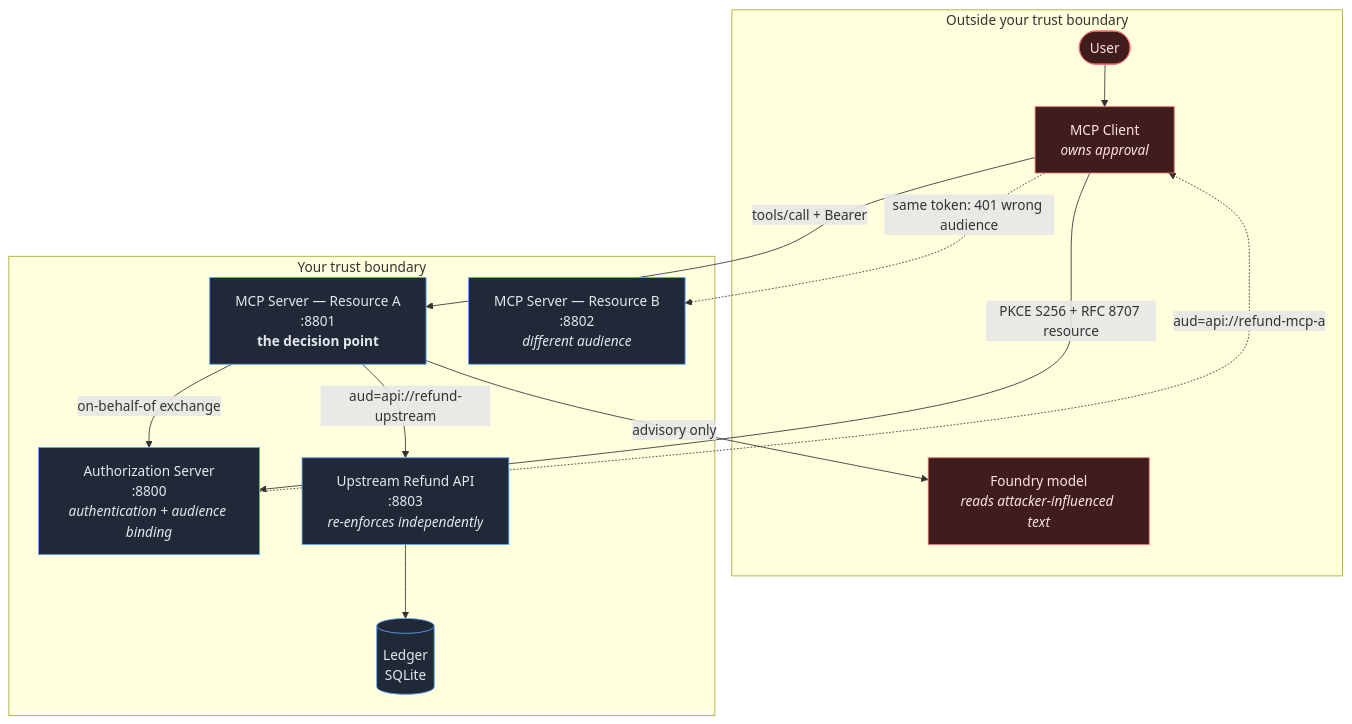
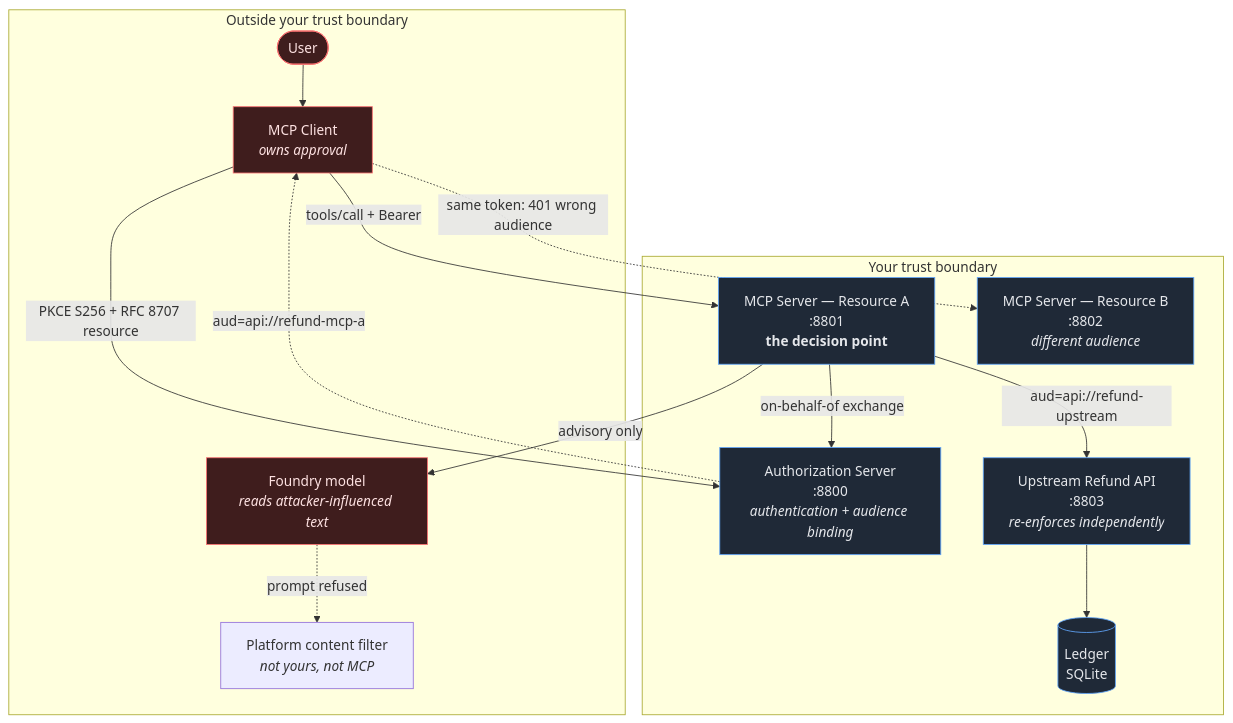
The diagram in README.md (bbenz/mcp-tool-calling), drawn with Mermaid before and after one commit. The commit also changed other lines of this file and 19 other files, not shown here.

````diff
--- a/README.md
+++ b/README.md
@@ -43,30 +43,32 @@
 ```mermaid
 flowchart TB
     subgraph outside["Outside your trust boundary"]
         U([User])
         C["MCP Client<br/><i>owns approval</i>"]
         F["Foundry model<br/><i>reads attacker-influenced text</i>"]
+        CF["Platform content filter<br/><i>not yours, not MCP</i>"]
     end
     subgraph yours["Your trust boundary"]
         AS["Authorization Server<br/>:8800<br/><i>authentication + audience binding</i>"]
         A["MCP Server — Resource A<br/>:8801<br/><b>the decision point</b>"]
         B["MCP Server — Resource B<br/>:8802<br/><i>different audience</i>"]
         API["Upstream Refund API<br/>:8803<br/><i>re-enforces independently</i>"]
         L[("Ledger<br/>SQLite")]
     end
 
     U --> C
     C -->|"PKCE S256 + RFC 8707 resource"| AS
     AS -.->|"aud=api://refund-mcp-a"| C
     C -->|"tools/call + Bearer"| A
     C -.->|"same token: 401 wrong audience"| B
     A -->|"advisory only"| F
+    F -.->|"prompt refused"| CF
     A -->|"on-behalf-of exchange"| AS
     A -->|"aud=api://refund-upstream"| API
     API --> L
 
     classDef red fill:#3f1d1d,stroke:#f87171,color:#fee2e2
     classDef blue fill:#1f2937,stroke:#60a5fa,color:#e5e7eb
     class U,C,F red
     class AS,A,B,API,L blue
 ```
````
